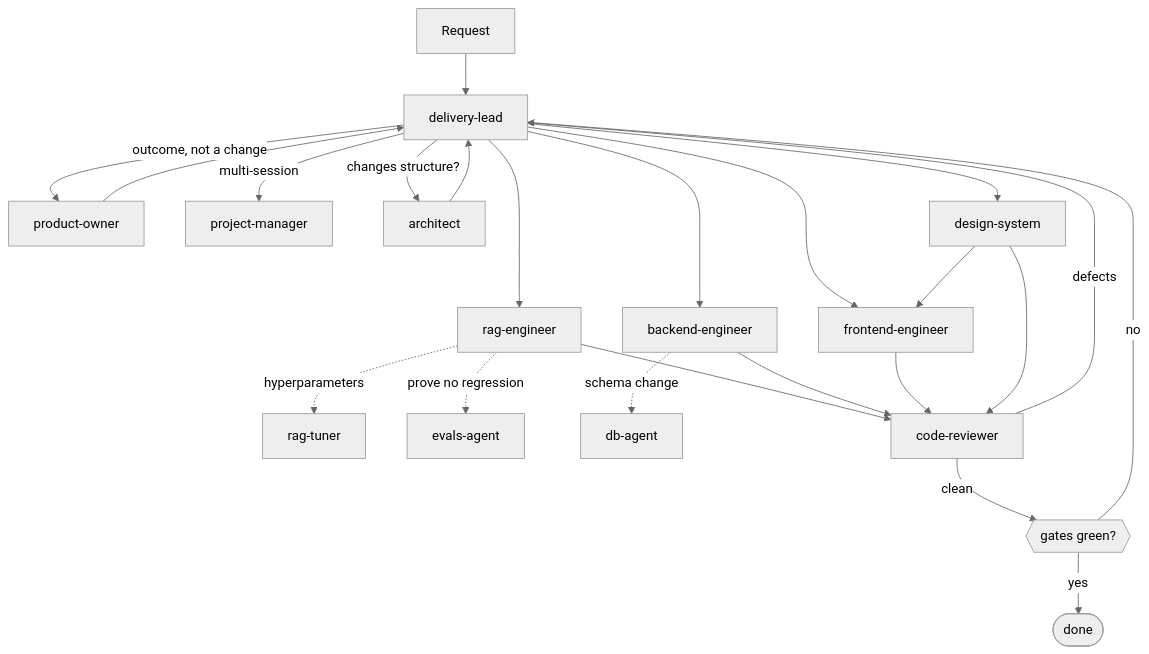
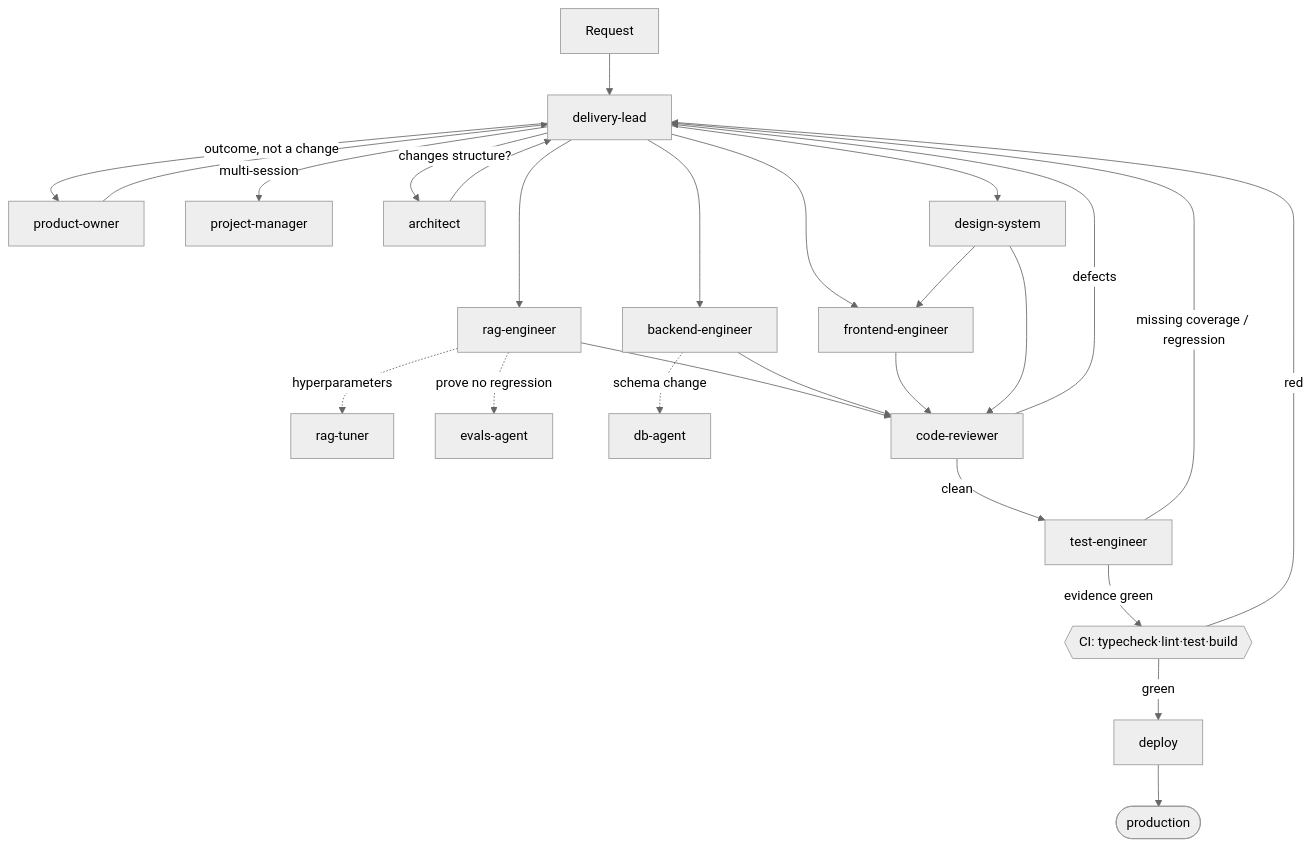
One commit to maslovhustle/agent-app changed the diagram in .claude/agents/README.md. Above: the diagram before and after it, drawn with Mermaid (neutral theme). The commit also changed other lines of this file and 5 other files, not shown here.

First line of the commit message:
fix(ci): resolve pnpm version conflict; add test-engineer to the chain

````diff
--- a/.claude/agents/README.md
+++ b/.claude/agents/README.md
@@ -31,28 +32,31 @@
 ```mermaid
 flowchart TD
     R[Request] --> DL[delivery-lead]
     DL -->|outcome, not a change| PO[product-owner]
     DL -->|multi-session| PM[project-manager]
     PO --> DL
     DL -->|changes structure?| AR[architect]
     AR --> DL
 
     DL --> RAG[rag-engineer]
     DL --> BE[backend-engineer]
     DL --> FE[frontend-engineer]
     DL --> DS[design-system]
 
     RAG -.->|hyperparameters| TUNE[rag-tuner]
     RAG -.->|prove no regression| EV[evals-agent]
     BE -.->|schema change| DB[db-agent]
     DS --> FE
 
     RAG --> CR[code-reviewer]
     BE --> CR
     FE --> CR
     DS --> CR
     CR -->|defects| DL
-    CR -->|clean| GATE{{gates green?}}
-    GATE -->|no| DL
-    GATE -->|yes| DONE([done])
+    CR -->|clean| TE[test-engineer]
+    TE -->|missing coverage / regression| DL
+    TE -->|evidence green| CI{{CI: typecheck·lint·test·build}}
+    CI -->|red| DL
+    CI -->|green| CD[deploy]
+    CD --> DONE([production])
 ```
````
